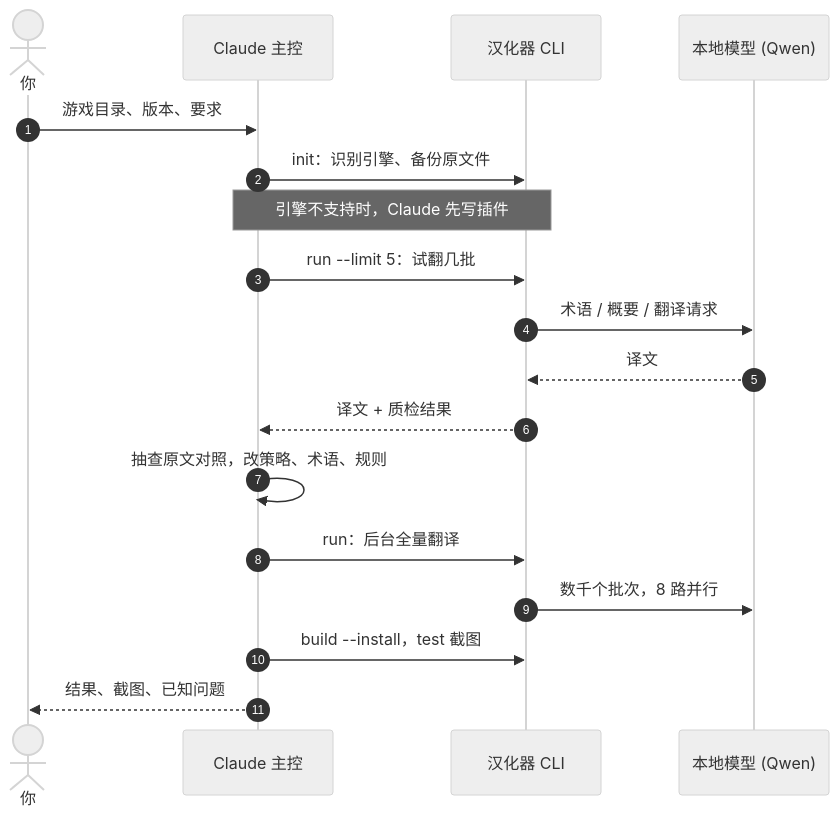
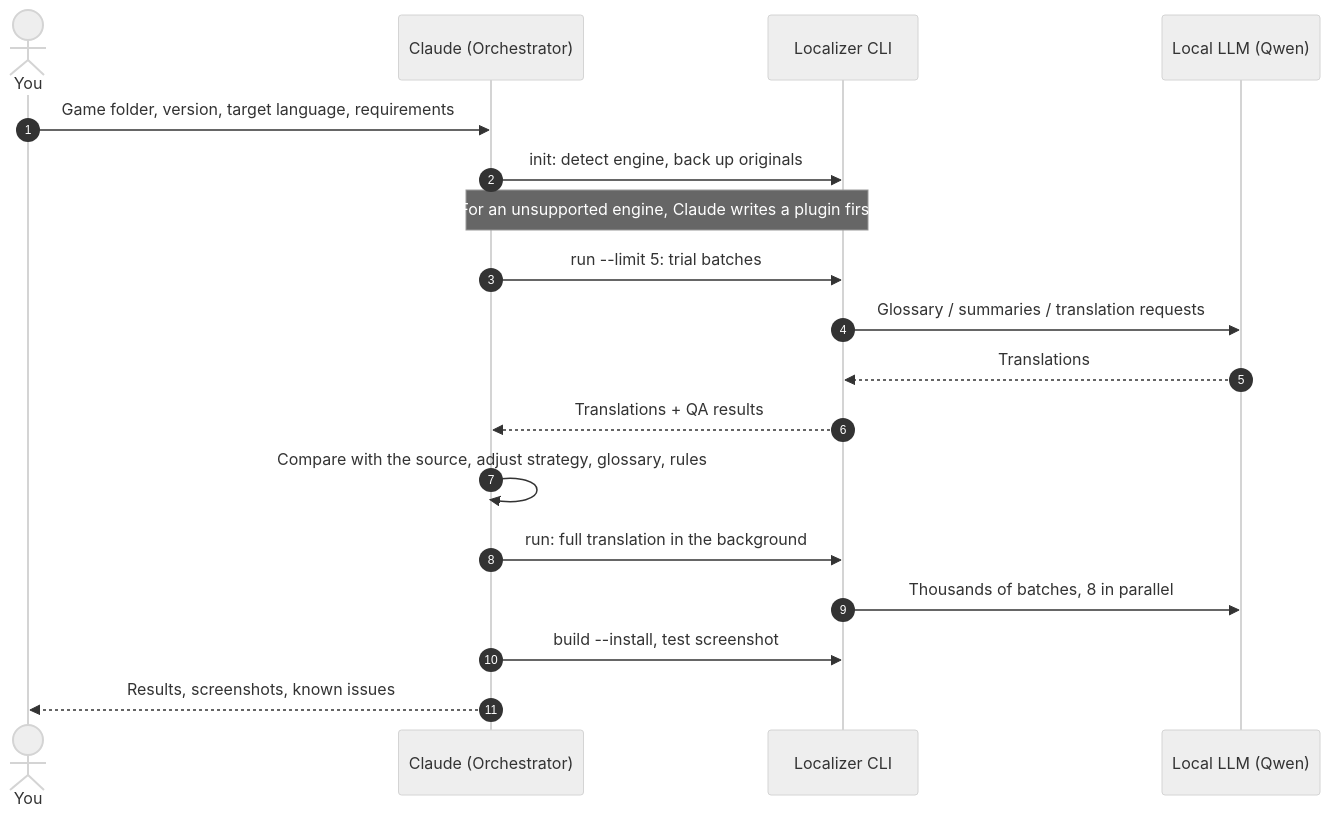
Before and after one commit to binbingwu/Multi-Agent-Game-Localizer: the second of 2 diagrams in README.md, drawn with Mermaid (neutral theme). The commit also changed other lines of this file and 13 other files, not shown here.

First line of the commit message:
Bilingual README and translation into any language

````diff
--- a/README.md
+++ b/README.md
@@ -132,20 +138,20 @@
 ```mermaid
 sequenceDiagram
     autonumber
-    actor U as 你
-    participant C as Claude 主控
-    participant H as 汉化器 CLI
-    participant L as 本地模型 (Qwen)
-    U->>C: 游戏目录、版本、要求
-    C->>H: init：识别引擎、备份原文件
-    Note over C,H: 引擎不支持时，Claude 先写插件
-    C->>H: run --limit 5：试翻几批
-    H->>L: 术语 / 概要 / 翻译请求
-    L-->>H: 译文
-    H-->>C: 译文 + 质检结果
-    C->>C: 抽查原文对照，改策略、术语、规则
-    C->>H: run：后台全量翻译
-    H->>L: 数千个批次，8 路并行
-    C->>H: build --install，test 截图
-    C-->>U: 结果、截图、已知问题
+    actor U as You
+    participant C as Claude (Orchestrator)
+    participant H as Localizer CLI
+    participant L as Local LLM (Qwen)
+    U->>C: Game folder, version, target language, requirements
+    C->>H: init: detect engine, back up originals
+    Note over C,H: For an unsupported engine, Claude writes a plugin first
+    C->>H: run --limit 5: trial batches
+    H->>L: Glossary / summaries / translation requests
+    L-->>H: Translations
+    H-->>C: Translations + QA results
+    C->>C: Compare with the source, adjust strategy, glossary, rules
+    C->>H: run: full translation in the background
+    H->>L: Thousands of batches, 8 in parallel
+    C->>H: build --install, test screenshot
+    C-->>U: Results, screenshots, known issues
 ```
````
